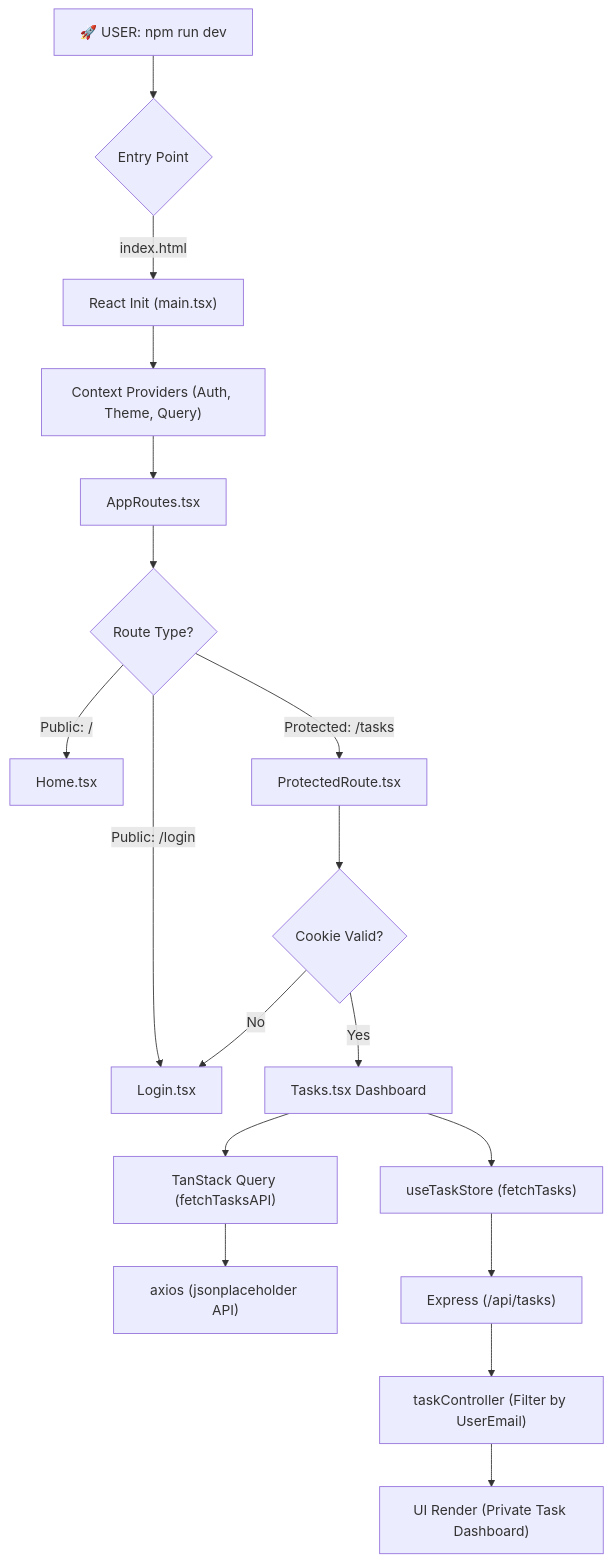
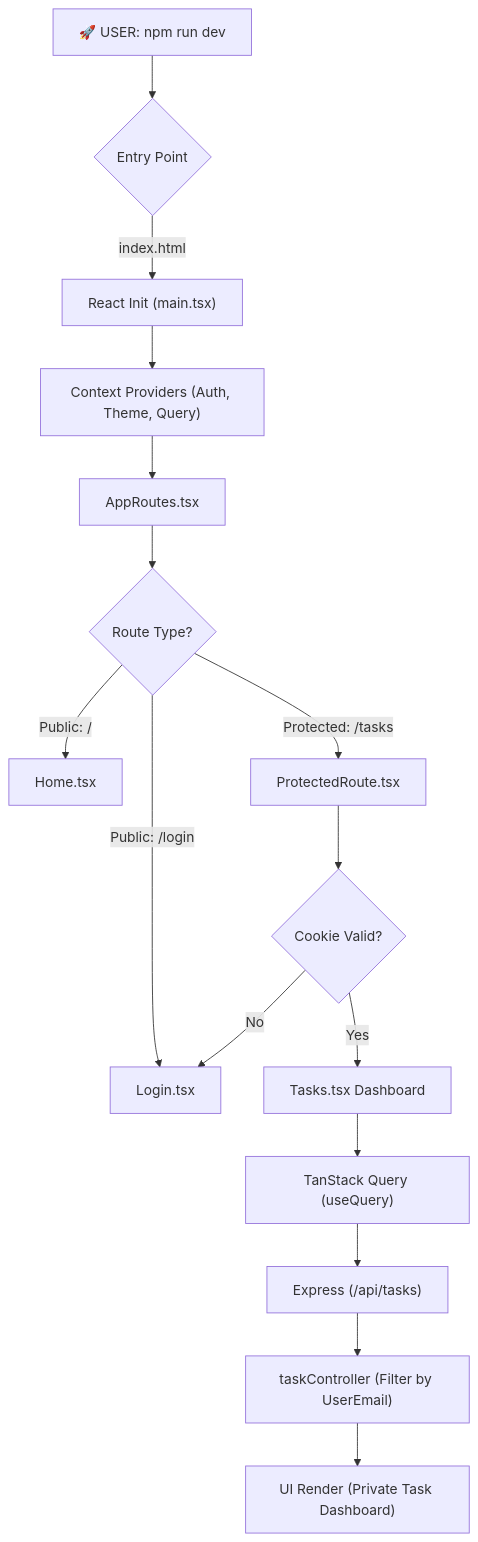
Before and after one commit to Dhayananth1511/Presidio-Intern-Week3-HandsOn-Project: the second of 2 diagrams in task-manager(Hands On)/README.md, drawn with Mermaid. The commit also changed other lines of this file and 14 other files, not shown here.

Commit message:
feat: complete industrial hardening - zod validation, react-query refactor, and removal of external api

````diff
--- a/task-manager(Hands On)/README.md
+++ b/task-manager(Hands On)/README.md
@@ -246,23 +261,21 @@
 ```mermaid
 graph TD
     A["🚀 USER: npm run dev"] --> B{"Entry Point"}
     B -->|index.html| C["React Init (main.tsx)"]
     C --> D["Context Providers (Auth, Theme, Query)"]
     D --> E["AppRoutes.tsx"]
     
     E --> F{"Route Type?"}
     F -->|Public: /| G["Home.tsx"]
     F -->|Public: /login| H["Login.tsx"]
     
     F -->|Protected: /tasks| I["ProtectedRoute.tsx"]
     I --> J{"Cookie Valid?"}
     J -->|No| H
     J -->|Yes| K["Tasks.tsx Dashboard"]
     
-    K --> L["TanStack Query (fetchTasksAPI)"]
-    L --> M["axios (jsonplaceholder API)"]
-    K --> O["useTaskStore (fetchTasks)"]
-    O --> P["Express (/api/tasks)"]
+    K --> L["TanStack Query (useQuery)"]
+    L --> P["Express (/api/tasks)"]
     P --> Q["taskController (Filter by UserEmail)"]
     Q --> N["UI Render (Private Task Dashboard)"]
 ```
````
